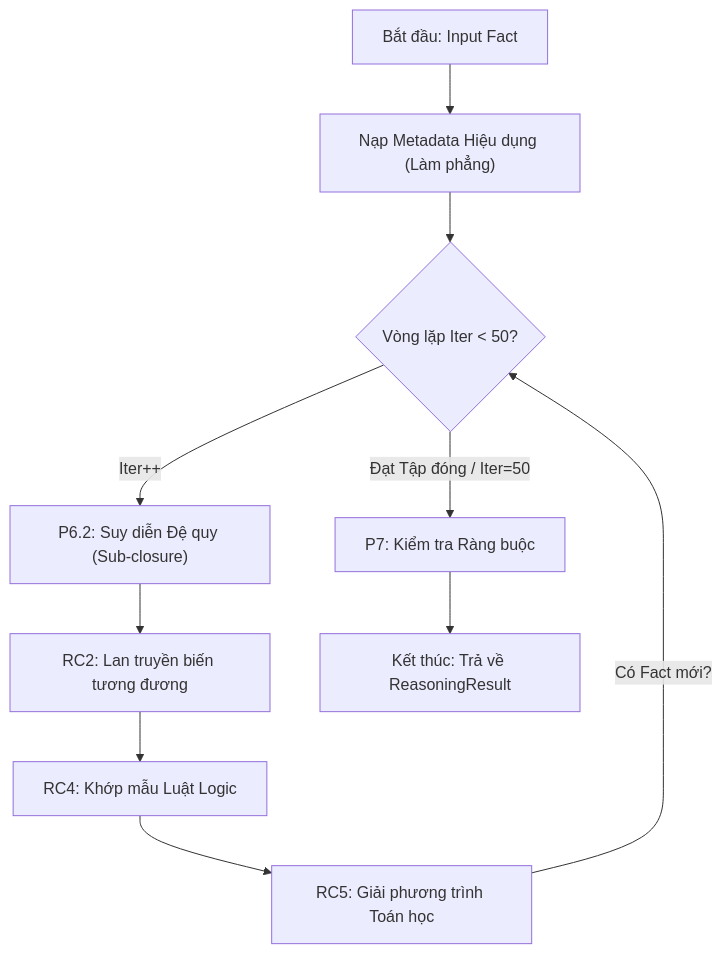
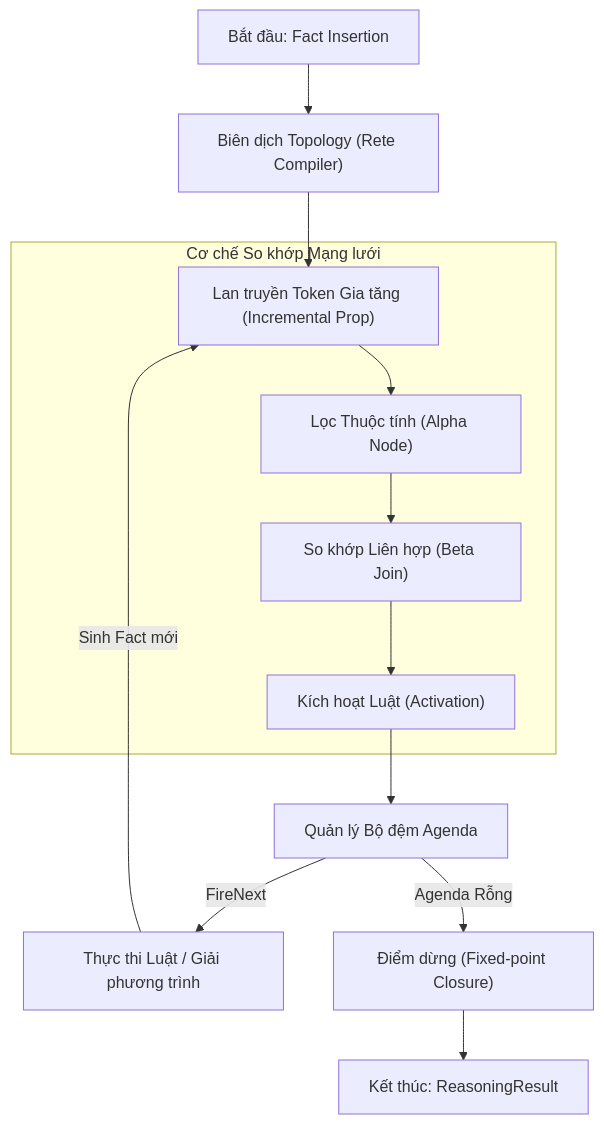
Before and after one commit to tranphat1506/KBMS: the diagram in docs/assets/diagrams/fclosure_algorithm.mmd, drawn with Mermaid. The commit also changed 574 other files, not shown here.

Commit message:
refactor: reorganize documentation structure, update diagrams, and clean up legacy LaTeX report assets.

```diff
--- a/docs/assets/diagrams/fclosure_algorithm.mmd
+++ b/docs/assets/diagrams/fclosure_algorithm.mmd
@@ -1,10 +1,17 @@
 graph TD
-    Start["Bắt đầu: Input Fact"] --> Load["Nạp Metadata Hiệu dụng (Làm phẳng)"]
-    Load --> Loop{Vòng lặp Iter < 50?}
-    Loop -- "Iter++" --> Sub["P6.2: Suy diễn Đệ quy (Sub-closure)"]
-    Sub --> SV["RC2: Lan truyền biến tương đương"]
-    SV --> Rule["RC4: Khớp mẫu Luật Logic"]
-    Rule --> Eq["RC5: Giải phương trình Toán học"]
-    Eq -- "Có Fact mới?" --> Loop
-    Loop -- "Đạt Tập đóng / Iter=50" --> Verify["P7: Kiểm tra Ràng buộc"]
-    Verify --> End["Kết thúc: Trả về ReasoningResult"]
+    Start["Bắt đầu: Fact Insertion"] --> Compile["Biên dịch Topology (Rete Compiler)"]
+    Compile --> Prop["Lan truyền Token Gia tăng (Incremental Prop)"]
+    
+    subgraph Network_Matching["Cơ chế So khớp Mạng lưới"]
+        Prop --> Alpha["Lọc Thuộc tính (Alpha Node)"]
+        Alpha --> Beta["So khớp Liên hợp (Beta Join)"]
+        Beta --> Terminal["Kích hoạt Luật (Activation)"]
+    end
+    
+    Terminal --> Agenda["Quản lý Bộ đệm Agenda"]
+    Agenda -- "FireNext" --> Exec["Thực thi Luật / Giải phương trình"]
+    
+    Exec -- "Sinh Fact mới" --> Prop
+    Agenda -- "Agenda Rỗng" --> Stop["Điểm dừng (Fixed-point Closure)"]
+    
+    Stop --> End["Kết thúc: ReasoningResult"]
```
